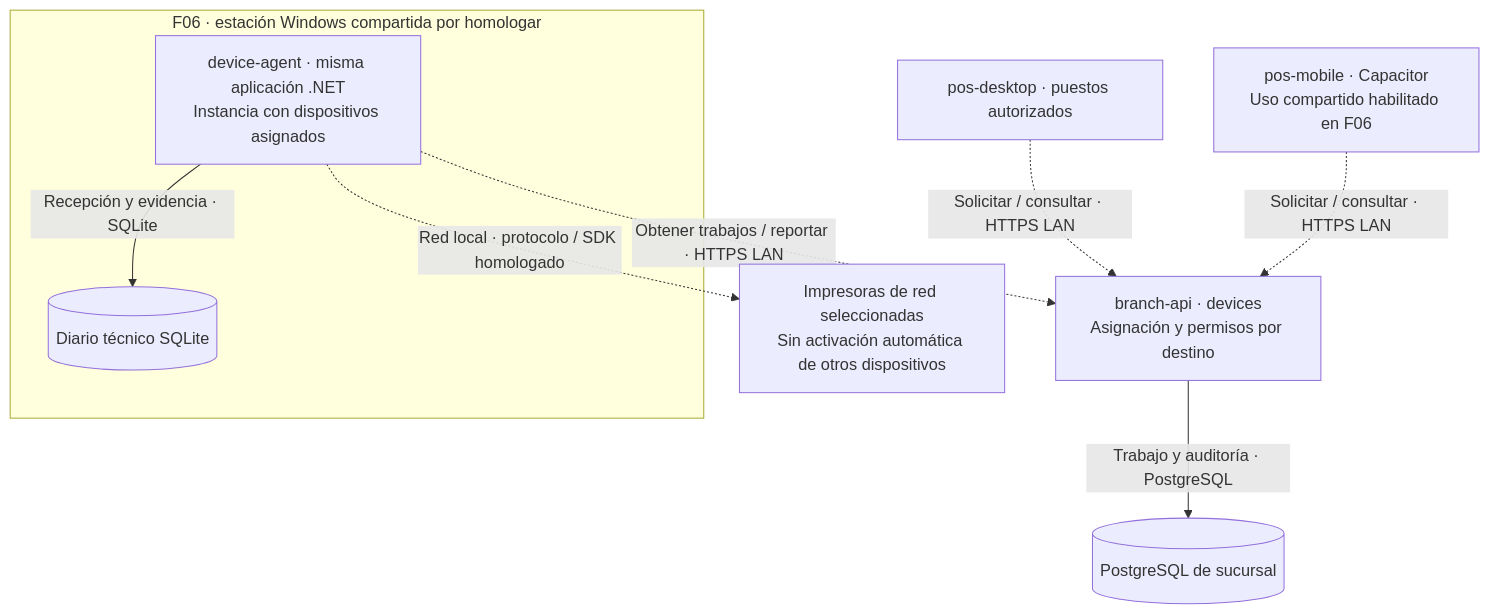
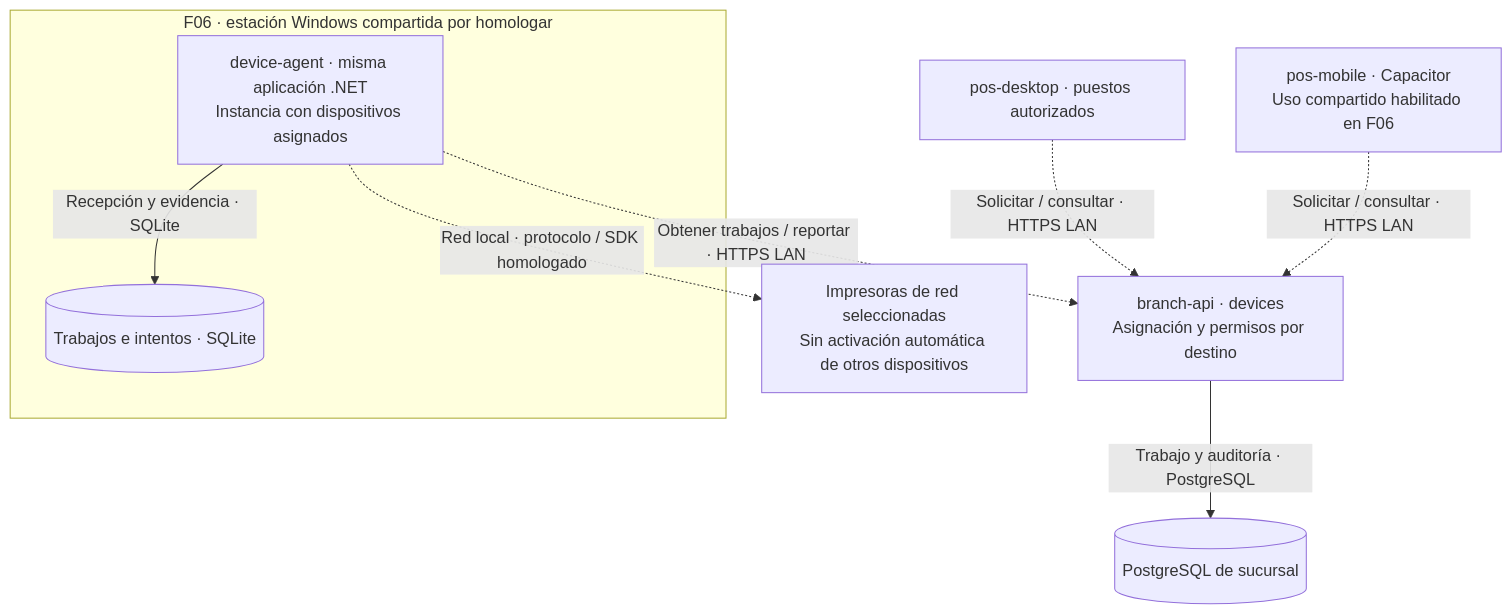
One commit to developer-implementos/pos-docs changed the second of 2 diagrams in docs/decisions/device-agent.md. Above: the diagram before and after it, drawn with Mermaid. The commit also changed other lines of this file and 25 other files, not shown here.

````diff
--- a/docs/decisions/device-agent.md
+++ b/docs/decisions/device-agent.md
@@ -72,13 +74,13 @@
 ```mermaid
 flowchart TB
     Desktop["pos-desktop · puestos autorizados"] -.->|"Solicitar / consultar · HTTPS LAN"| API
     Mobile["pos-mobile · Capacitor<br/>Uso compartido habilitado en F06"] -.->|"Solicitar / consultar · HTTPS LAN"| API
     API["branch-api · devices<br/>Asignación y permisos por destino"] -->|"Trabajo y auditoría · PostgreSQL"| DB[("PostgreSQL de sucursal")]
     subgraph Estacion["F06 · estación Windows compartida por homologar"]
         Agent["device-agent · misma aplicación .NET<br/>Instancia con dispositivos asignados"]
-        Journal[("Diario técnico SQLite")]
+        Journal[("Trabajos e intentos · SQLite")]
         Agent -->|"Recepción y evidencia · SQLite"| Journal
     end
     Agent -.->|"Obtener trabajos / reportar · HTTPS LAN"| API
     Agent -.->|"Red local · protocolo / SDK homologado"| Hardware["Impresoras de red seleccionadas<br/>Sin activación automática de otros dispositivos"]
 ```
````
